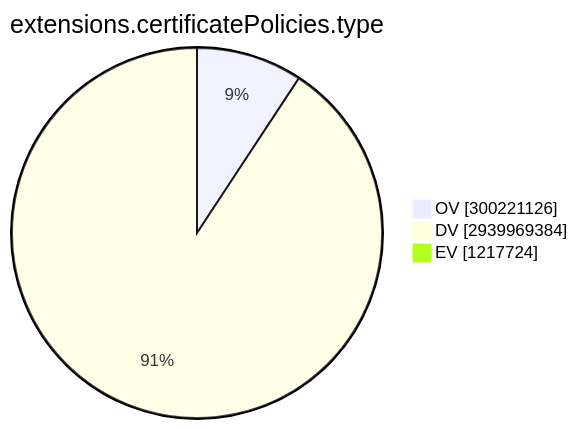
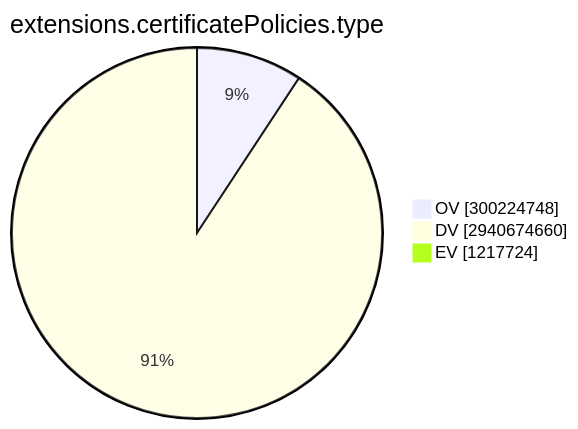
The ninth of 15 diagrams in TOTAL/README.md (christiankrug/ctmonitor_visualization), drawn with Mermaid before and after one commit. The commit also changed other lines of this file, not shown here.

````diff
--- a/TOTAL/README.md
+++ b/TOTAL/README.md
@@ -3101,7 +3101,7 @@
 ```mermaid
 pie showData
 title extensions.certificatePolicies.type
-"OV" :300221126
-"DV" :2939969384
+"OV" :300224748
+"DV" :2940674660
 "EV" :1217724
 ```
````
